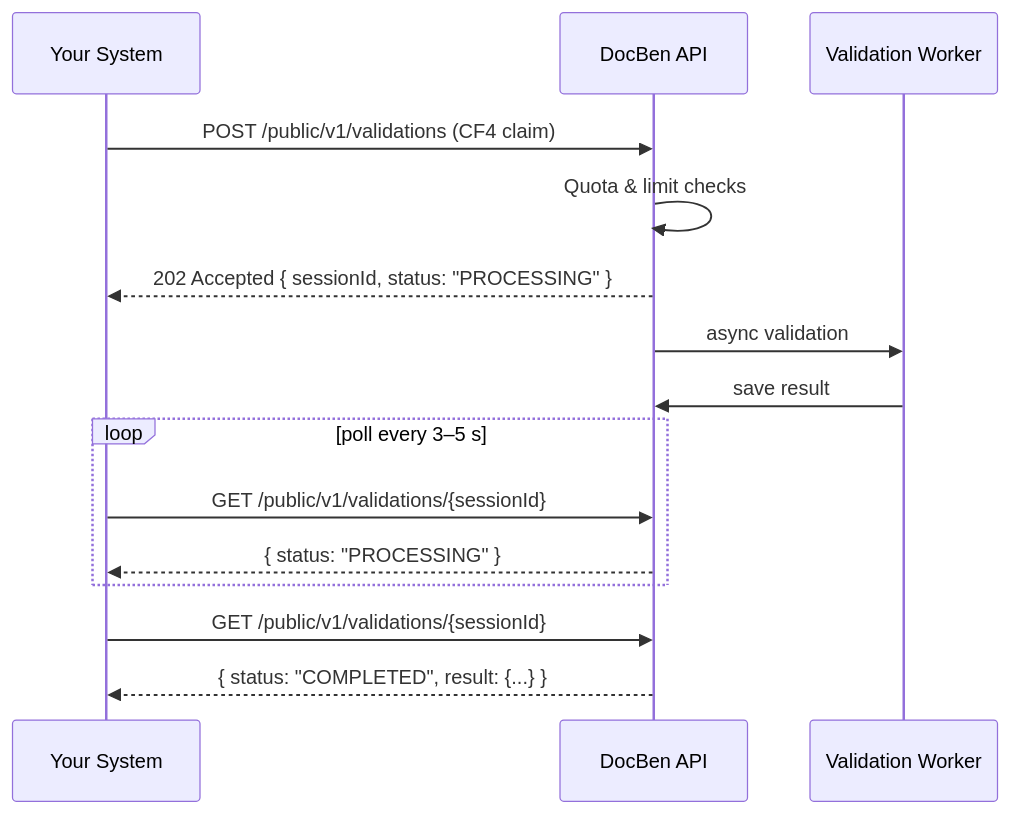
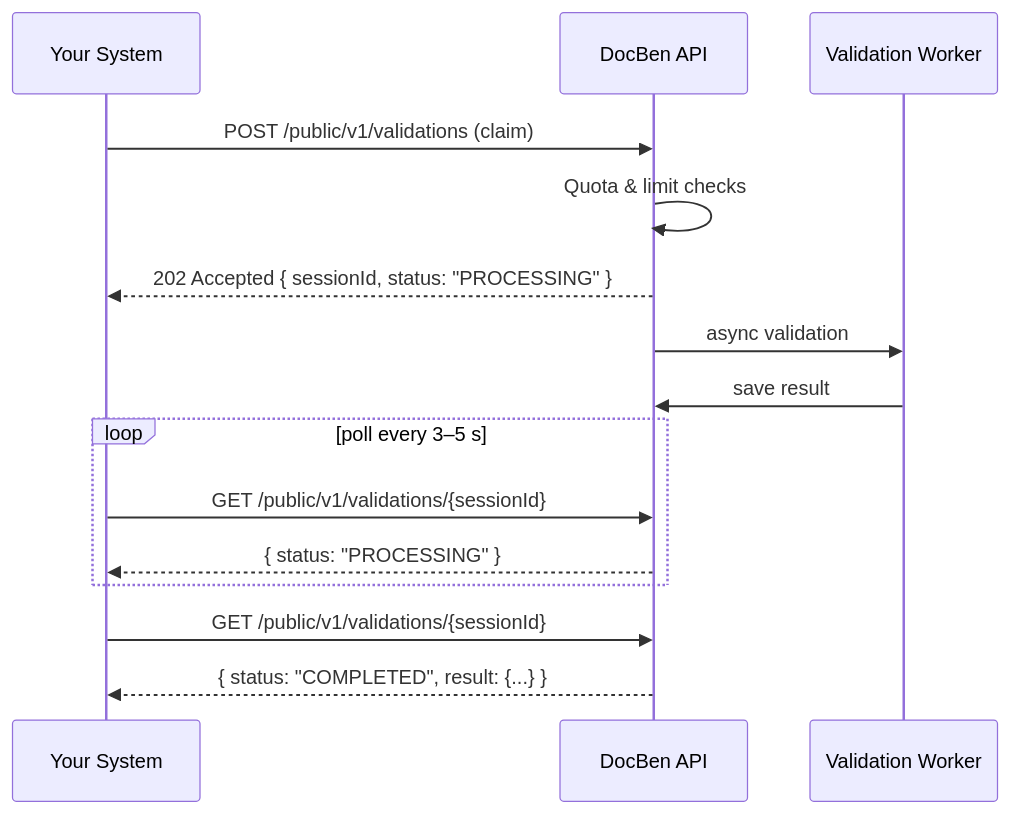
Before and after one commit to lrama1/docben-public-docs: the diagram in cf4-api/README.md, drawn with Mermaid. The commit also changed other lines of this file and 13 other files, not shown here.

````diff
--- a/cf4-api/README.md
+++ b/cf4-api/README.md
@@ -109,18 +109,18 @@
 ```mermaid
 sequenceDiagram
     participant C as Your System
     participant A as DocBen API
     participant W as Validation Worker
 
-    C->>A: POST /public/v1/validations (CF4 claim)
+    C->>A: POST /public/v1/validations (claim)
     A->>A: Quota & limit checks
     A-->>C: 202 Accepted { sessionId, status: "PROCESSING" }
     A->>W: async validation
     W->>A: save result
     loop poll every 3–5 s
         C->>A: GET /public/v1/validations/{sessionId}
         A-->>C: { status: "PROCESSING" }
     end
     C->>A: GET /public/v1/validations/{sessionId}
     A-->>C: { status: "COMPLETED", result: {...} }
 ```
````
